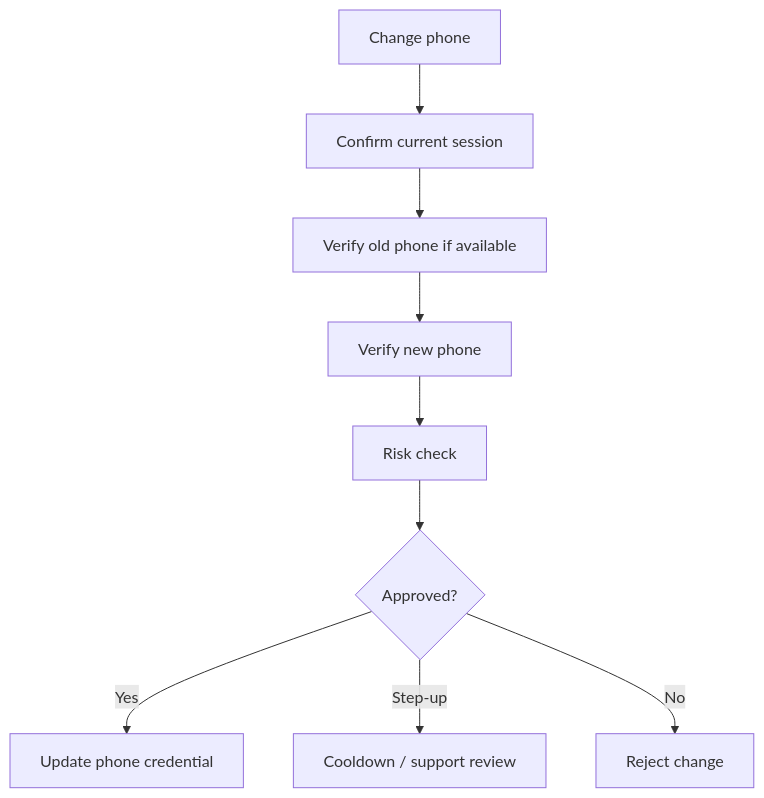
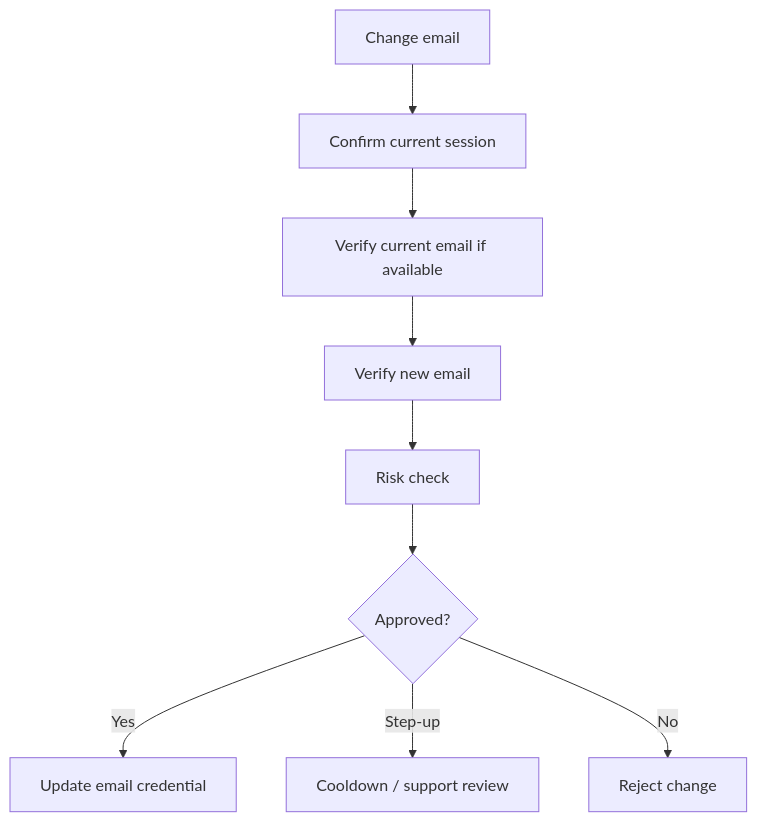
Before and after one commit to Afnanksalal/hana-chat: diagram 15 of 15 in docs/hana-chat-user-flows.md, drawn with Mermaid. The commit also changed other lines of this file and 82 other files, not shown here.

````diff
--- a/docs/hana-chat-user-flows.md
+++ b/docs/hana-chat-user-flows.md
@@ -594,11 +593,11 @@
 ```mermaid
 flowchart TD
-  A["Change phone"] --> B["Confirm current session"]
-  B --> C["Verify old phone if available"]
-  C --> D["Verify new phone"]
+  A["Change email"] --> B["Confirm current session"]
+  B --> C["Verify current email if available"]
+  C --> D["Verify new email"]
   D --> E["Risk check"]
   E --> F{"Approved?"}
-  F -->|Yes| G["Update phone credential"]
+  F -->|Yes| G["Update email credential"]
   F -->|Step-up| H["Cooldown / support review"]
   F -->|No| I["Reject change"]
 ```
````
